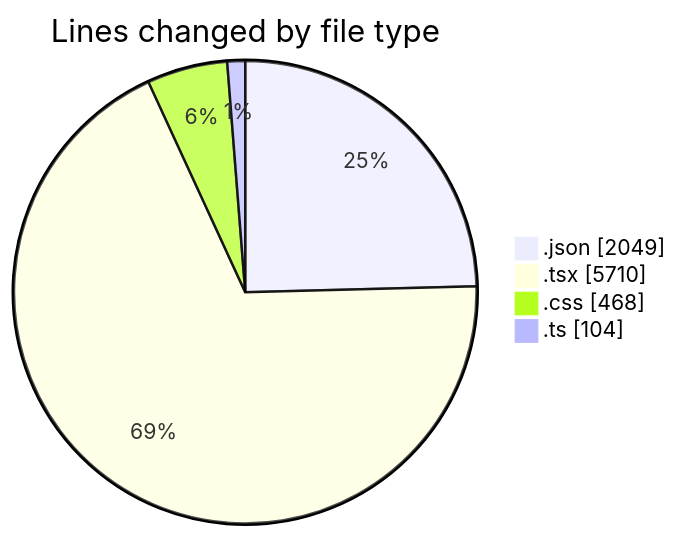
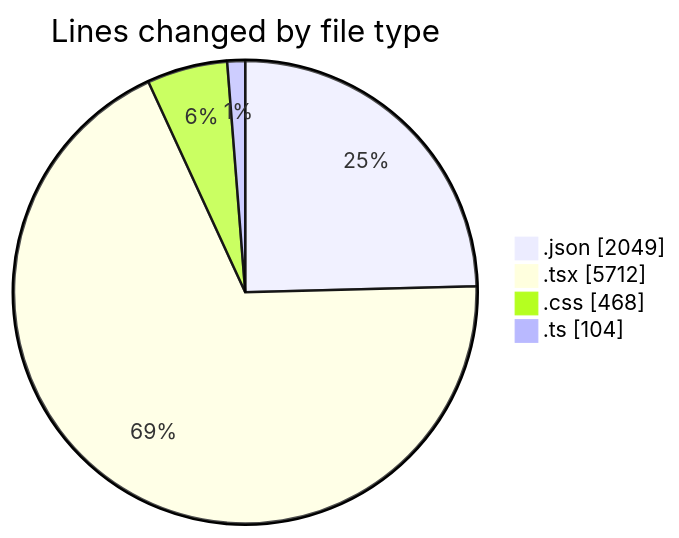
The first of 2 diagrams in 2025-08-14/ribbon/README.md (EIIisD/code-tracking), drawn with Mermaid before and after one commit. The commit also changed other lines of this file and 1 other file, not shown here.

````diff
--- a/2025-08-14/ribbon/README.md
+++ b/2025-08-14/ribbon/README.md
@@ -29,8 +29,8 @@
 ```mermaid
 pie showData
 title Lines changed by file type
 ".json" : 2049
-".tsx" : 5710
+".tsx" : 5712
 ".css" : 468
 ".ts" : 104
 ```
````
